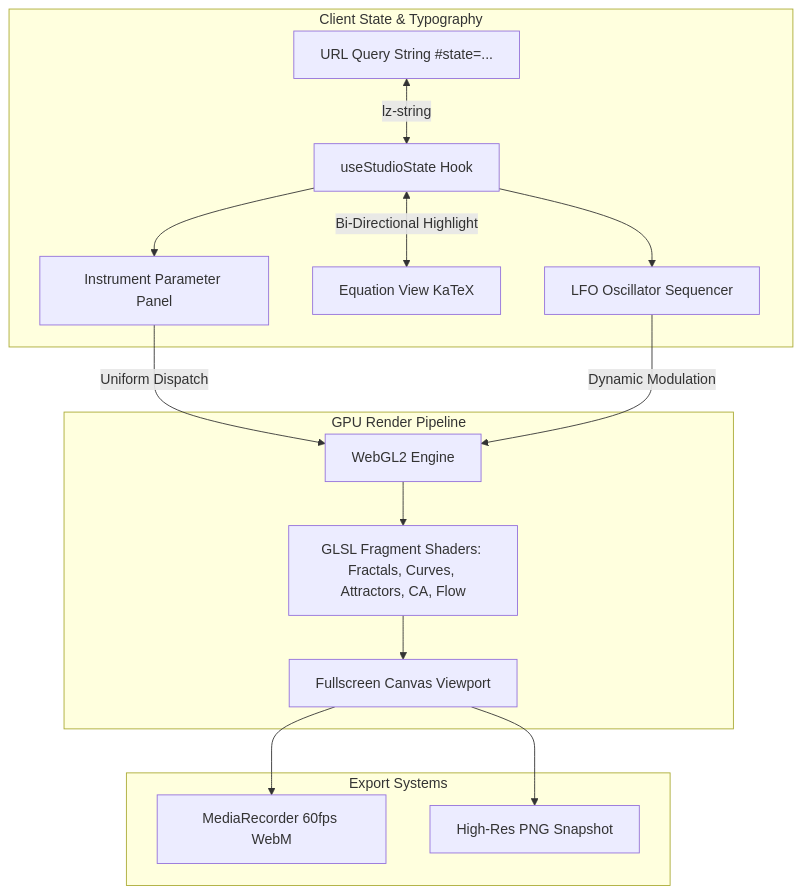
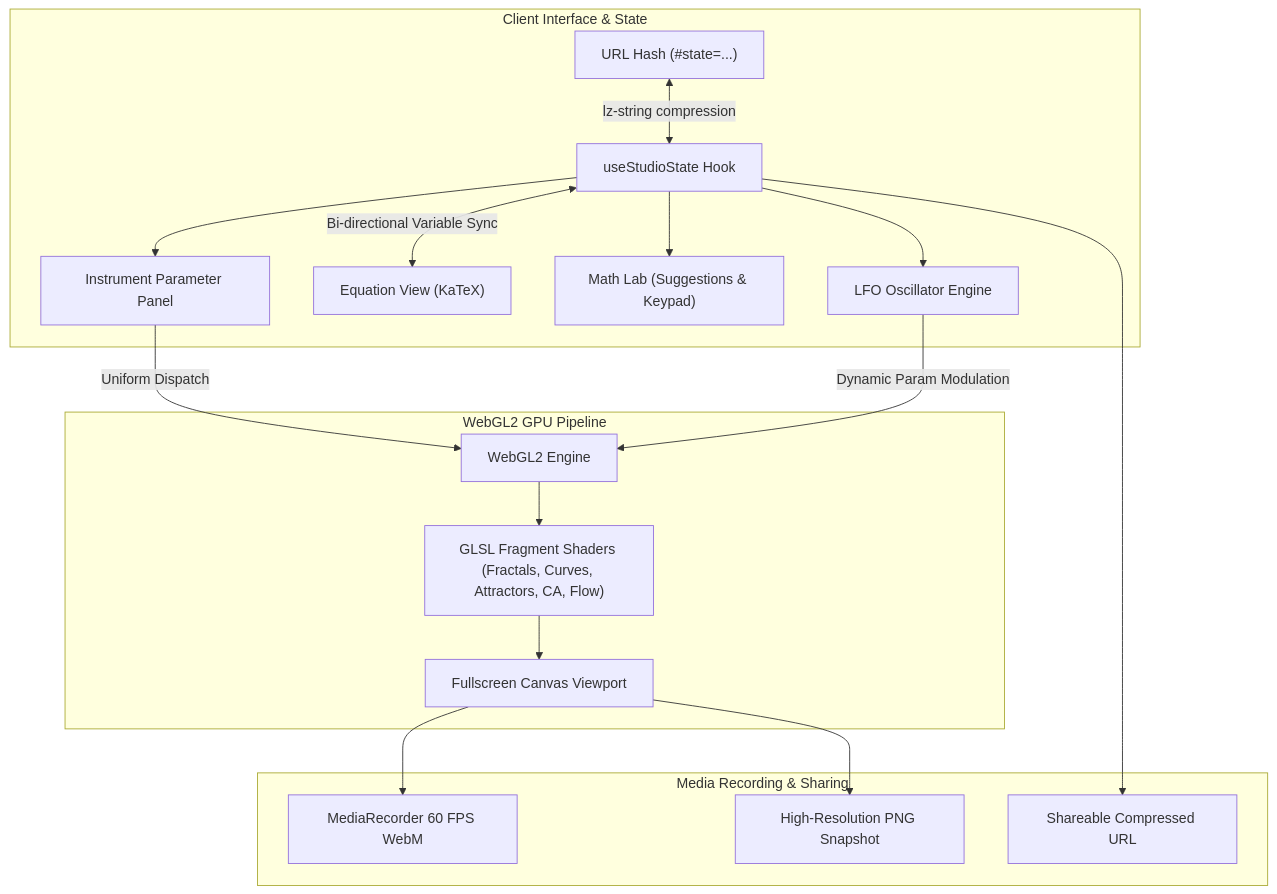
Before and after one commit to ZillerDX/math-generative-art-studio: the diagram in README.md, drawn with Mermaid. The commit also changed other lines of this file and 11 other files, not shown here.

Commit message:
feat(deploy): configure github pages pipeline, relative asset resolution, screenshots, and portfolio-grade bilingual readme

````diff
--- a/README.md
+++ b/README.md
@@ -78,21 +126,23 @@
 ```mermaid
-graph TD
-    subgraph Client State & Typography
-        URL[URL Query String #state=...] <-->|lz-string| State[useStudioState Hook]
-        State --> ParamPanel[Instrument Parameter Panel]
-        State <-->|Bi-Directional Highlight| EqView[Equation View KaTeX]
-        State --> LFO[LFO Oscillator Sequencer]
+flowchart TD
+    subgraph ClientLayer["Client Interface & State"]
+        URL["URL Hash (#state=...)"] <-->|lz-string compression| State["useStudioState Hook"]
+        State --> ParamPanel["Instrument Parameter Panel"]
+        State <-->|Bi-directional Variable Sync| EqView["Equation View (KaTeX)"]
+        State --> MathLab["Math Lab (Suggestions & Keypad)"]
+        State --> LFO["LFO Oscillator Engine"]
     end
 
-    subgraph GPU Render Pipeline
-        ParamPanel -->|Uniform Dispatch| WebGL[WebGL2 Engine]
-        LFO -->|Dynamic Modulation| WebGL
-        WebGL --> Shaders[GLSL Fragment Shaders: Fractals, Curves, Attractors, CA, Flow]
-        Shaders --> Quad[Fullscreen Canvas Viewport]
+    subgraph GPULayer["WebGL2 GPU Pipeline"]
+        ParamPanel -->|Uniform Dispatch| Engine["WebGL2 Engine"]
+        LFO -->|Dynamic Param Modulation| Engine
+        Engine --> Shaders["GLSL Fragment Shaders (Fractals, Curves, Attractors, CA, Flow)"]
+        Shaders --> Quad["Fullscreen Canvas Viewport"]
     end
 
-    subgraph Export Systems
-        Quad --> CanvasRecord[MediaRecorder 60fps WebM]
-        Quad --> CanvasPNG[High-Res PNG Snapshot]
+    subgraph ExportLayer["Media Recording & Sharing"]
+        Quad --> VideoRecord["MediaRecorder 60 FPS WebM"]
+        Quad --> PNGSnap["High-Resolution PNG Snapshot"]
+        State --> ShareModal["Shareable Compressed URL"]
     end
 ```
````
